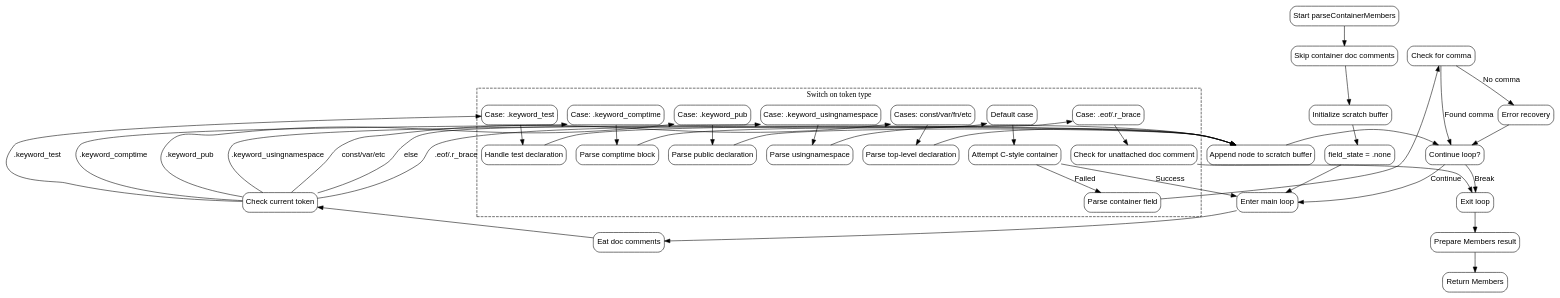
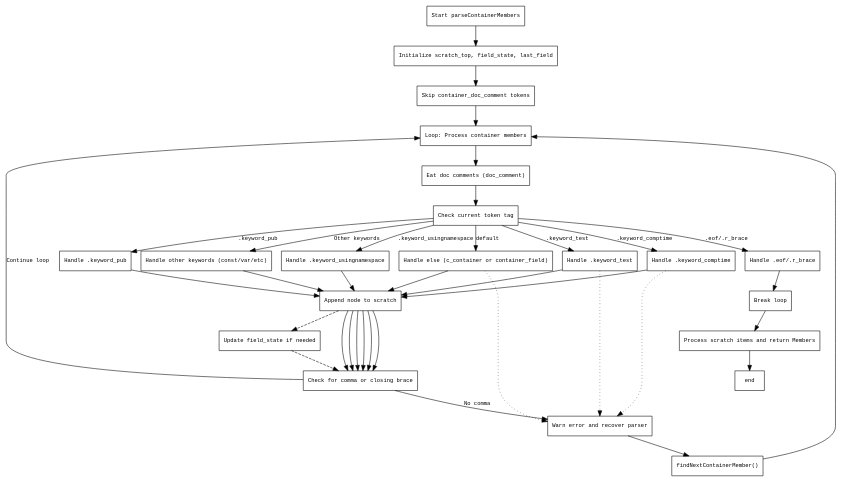
One commit to sdzx-1/deepseek-zig-reader changed the diagram in dot_std/zig/Parse.zig.parseContainerMembers.md. Above: the diagram before and after it, drawn with Graphviz. The commit also changed other lines of this file and 236 other files, not shown here.

````diff
--- a/dot_std/zig/Parse.zig.parseContainerMembers.md
+++ b/dot_std/zig/Parse.zig.parseContainerMembers.md
@@ -19,83 +26,69 @@
-```graphviz
-digraph ParseContainerMembers {
-    node [shape=rectangle, style="rounded", fontname="Arial"];
-    edge [fontname="Arial"];
+```dot
+digraph flowchart {
+    node [shape=rectangle, fontname="Courier", fontsize=10];
+    edge [fontname="Courier", fontsize=10];
 
     start [label="Start parseContainerMembers"];
-    skip_doc_comments [label="Skip container doc comments"];
-    init_scratch [label="Initialize scratch buffer"];
-    init_field_state [label="field_state = .none"];
-    enter_loop [label="Enter main loop"];
-    eat_doc_comments [label="Eat doc comments"];
-    check_token [label="Check current token"];
+    init [label="Initialize scratch_top, field_state, last_field"];
+    skip_docs [label="Skip container_doc_comment tokens"];
+    loop_start [label="Loop: Process container members"];
+    eat_doc [label="Eat doc comments (doc_comment)"];
+    check_token [label="Check current token tag"];
 
-    subgraph cluster_switch {
-        label="Switch on token type";
-        style=dashed;
+    handle_test [label="Handle .keyword_test"];
+    handle_comptime [label="Handle .keyword_comptime"];
+    handle_pub [label="Handle .keyword_pub"];
+    handle_usingnamespace [label="Handle .keyword_usingnamespace"];
+    handle_other_keywords [label="Handle other keywords (const/var/etc)"];
+    handle_eof_rbrace [label="Handle .eof/.r_brace"];
+    handle_else [label="Handle else (c_container or container_field)"];
 
-        keyword_test [label="Case: .keyword_test"];
-        handle_test_decl [label="Handle test declaration"];
-        keyword_comptime [label="Case: .keyword_comptime"];
-        handle_comptime_block [label="Parse comptime block"];
-        keyword_pub [label="Case: .keyword_pub"];
-        handle_pub_decl [label="Parse public declaration"];
-        usingnamespace [label="Case: .keyword_usingnamespace"];
-        handle_usingnamespace [label="Parse usingnamespace"];
-        other_keywords [label="Cases: const/var/fn/etc"];
-        handle_top_level_decl [label="Parse top-level declaration"];
-        eof_or_rbrace [label="Case: .eof/.r_brace"];
-        check_unattached_doc [label="Check for unattached doc comment"];
-        default_case [label="Default case"];
-        parse_c_style [label="Attempt C-style container"];
-        parse_container_field [label="Parse container field"];
-    }
+    append_node [label="Append node to scratch"];
+    update_field_state [label="Update field_state if needed"];
+    check_comma [label="Check for comma or closing brace"];
+    warn_error [label="Warn error and recover parser"];
+    find_next_member [label="findNextContainerMember()"];
 
-    handle_comma [label="Check for comma"];
-    handle_error [label="Error recovery"];
-    append_to_scratch [label="Append node to scratch buffer"];
-    check_loop_continue [label="Continue loop?"];
-    exit_loop [label="Exit loop"];
-    prepare_result [label="Prepare Members result"];
-    return_result [label="Return Members"];
+    end_loop [label="Break loop"];
+    process_items [label="Process scratch items and return Members"];
 
-    start -> skip_doc_comments;
-    skip_doc_comments -> init_scratch;
-    init_scratch -> init_field_state;
-    init_field_state -> enter_loop;
-    enter_loop -> eat_doc_comments;
-    eat_doc_comments -> check_token;
+    start -> init;
+    init -> skip_docs;
+    skip_docs -> loop_start;
 
-    check_token -> keyword_test [label=".keyword_test"];
-    check_token -> keyword_comptime [label=".keyword_comptime"];
-    check_token -> keyword_pub [label=".keyword_pub"];
-    check_token -> usingnamespace [label=".keyword_usingnamespace"];
-    check_token -> other_keywords [label="const/var/etc"];
-    check_token -> eof_or_rbrace [label=".eof/.r_brace"];
-    check_token -> default_case [label="else"];
+    loop_start -> eat_doc;
+    eat_doc -> check_token;
 
-    keyword_test -> handle_test_decl -> append_to_scratch;
-    keyword_comptime -> handle_comptime_block -> append_to_scratch;
-    keyword_pub -> handle_pub_decl -> append_to_scratch;
-    usingnamespace -> handle_usingnamespace -> append_to_scratch;
-    other_keywords -> handle_top_level_decl -> append_to_scratch;
-    eof_or_rbrace -> check_unattached_doc -> exit_loop;
-    default_case -> parse_c_style;
-    parse_c_style -> parse_container_field [label="Failed"];
-    parse_c_style -> enter_loop [label="Success"];
-    parse_container_field -> handle_comma;
+    check_token -> handle_test [label=".keyword_test"];
+    check_token -> handle_comptime [label=".keyword_comptime"];
+    check_token -> handle_pub [label=".keyword_pub"];
+    check_token -> handle_usingnamespace [label=".keyword_usingnamespace"];
+    check_token -> handle_other_keywords [label="Other keywords"];
+    check_token -> handle_eof_rbrace [label=".eof/.r_brace"];
+    check_token -> handle_else [label="default"];
 
-    handle_comma -> check_loop_continue [label="Found comma"];
-    handle_comma -> handle_error [label="No comma"];
-    handle_error -> check_loop_continue;
+    handle_test -> append_node -> check_comma;
+    handle_comptime -> append_node -> check_comma;
+    handle_pub -> append_node -> check_comma;
+    handle_usingnamespace -> append_node -> check_comma;
+    handle_other_keywords -> append_node -> check_comma;
 
-    append_to_scratch -> check_loop_continue;
-    check_loop_continue -> enter_loop [label="Continue"];
-    check_loop_continue -> exit_loop [label="Break"];
+    handle_else -> append_node -> check_comma;
 
-    exit_loop -> prepare_result;
-    prepare_result -> return_result;
+    check_comma -> loop_start [label="Continue loop"];
+    check_comma -> warn_error [label="No comma"];
+    warn_error -> find_next_member -> loop_start;
 
-    {rank=same; check_token; enter_loop}
-    {rank=same; append_to_scratch; check_loop_continue}
+    handle_eof_rbrace -> end_loop;
+
+    end_loop -> process_items;
+    process_items -> end;
+
+    // Error handling edges
+    append_node -> update_field_state [style=dashed];
+    update_field_state -> check_comma [style=dashed];
+    handle_else -> warn_error [style=dotted];
+    handle_comptime -> warn_error [style=dotted];
+    handle_test -> warn_error [style=dotted];
 }
-```
+``` 
````
